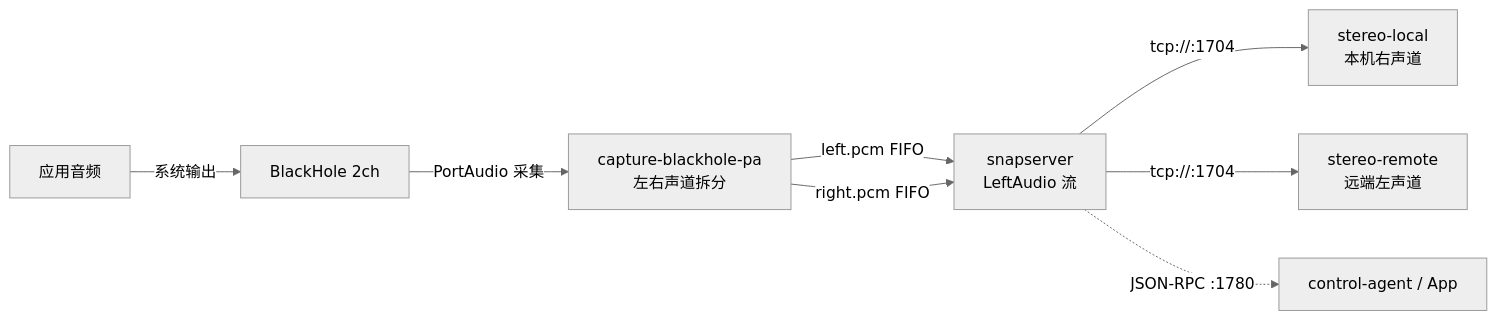
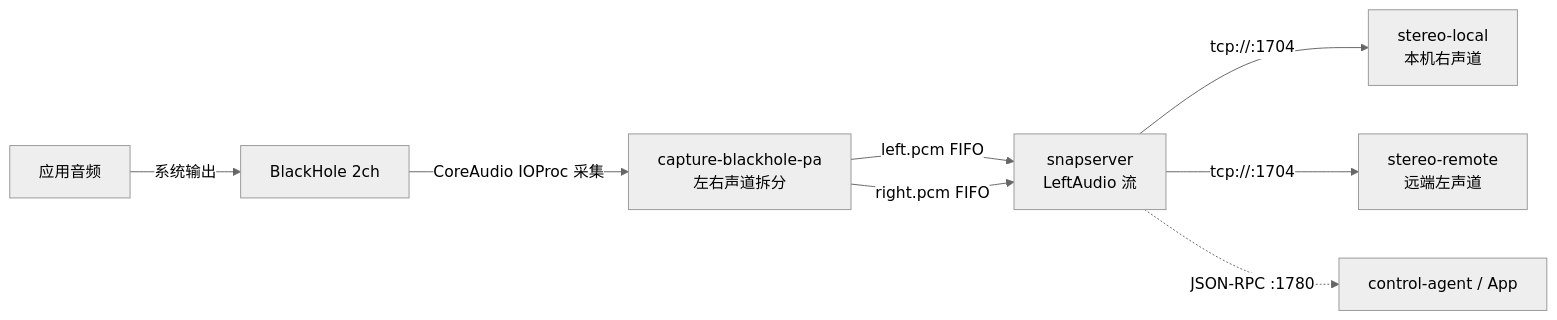
Before and after one commit to damoqiongqiu/snapcast-stereo-pair: the first of 4 diagrams in docs/field-debugging-report.md, drawn with Mermaid (neutral theme). The commit also changed other lines of this file and 7 other files, not shown here.

````diff
--- a/docs/field-debugging-report.md
+++ b/docs/field-debugging-report.md
@@ -17,10 +17,10 @@
 ```mermaid
 flowchart LR
     APP[应用音频] -->|系统输出| BH[BlackHole 2ch]
-    BH -->|PortAudio 采集| CAP[capture-blackhole-pa<br/>左右声道拆分]
+    BH -->|CoreAudio IOProc 采集| CAP[capture-blackhole-pa<br/>左右声道拆分]
     CAP -->|left.pcm FIFO| SR[snapserver<br/>LeftAudio 流]
     CAP -->|right.pcm FIFO| SR
     SR -->|tcp://:1704| LC[stereo-local<br/>本机右声道]
     SR -->|tcp://:1704| RC[stereo-remote<br/>远端左声道]
     SR -.->|JSON-RPC :1780| CTL[control-agent / App]
 ```
````
